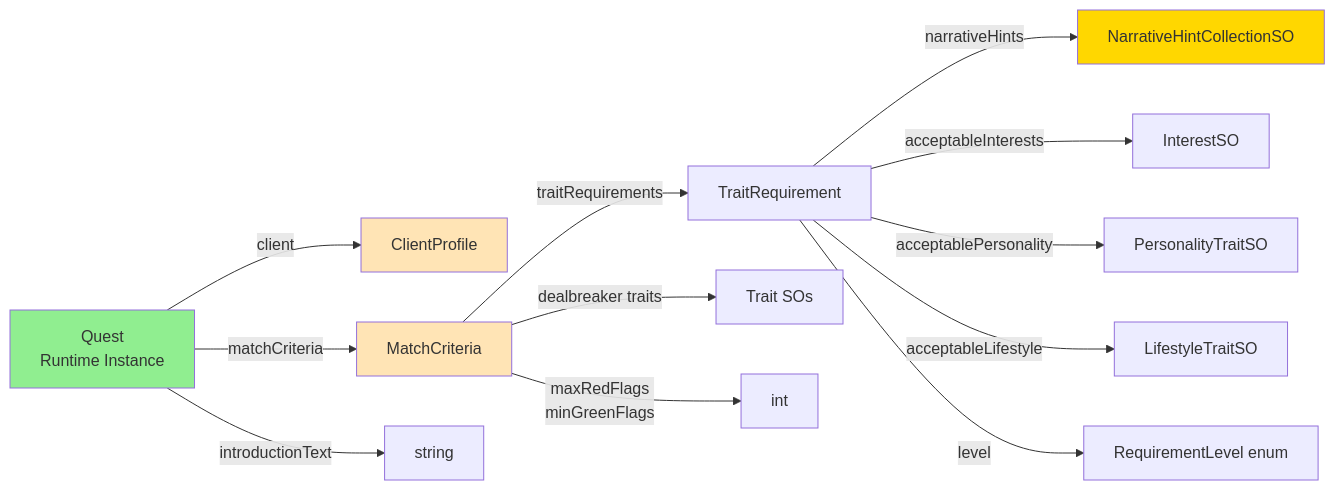
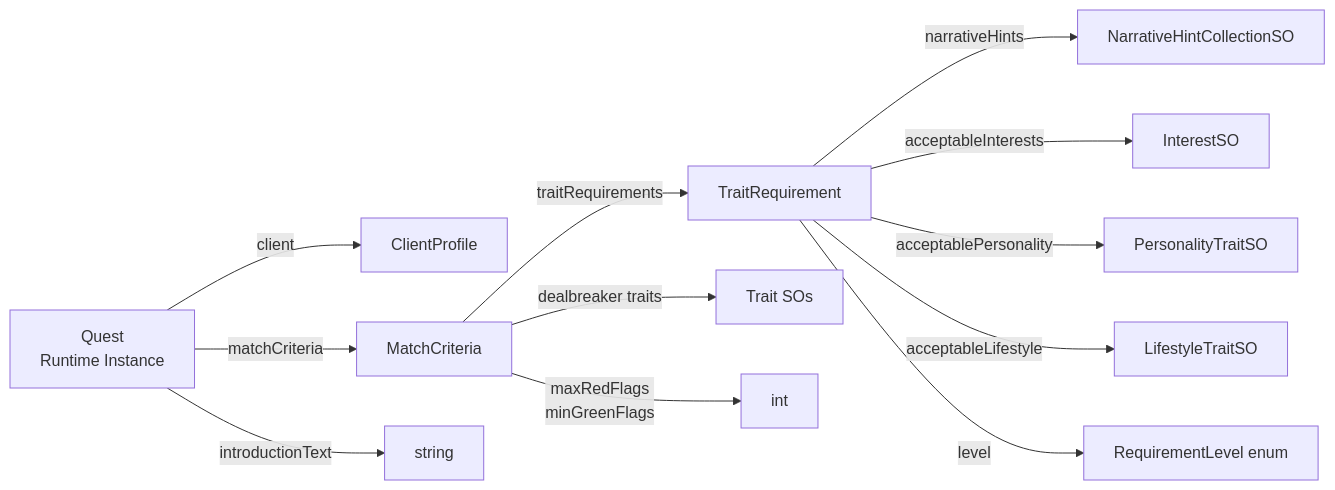
One commit to ben3683914/maskhot changed the second of 11 diagrams in ARCHITECTURE_DIAGRAMS.md. Above: the diagram before and after it, drawn with Mermaid. The commit also changed other lines of this file, not shown here.

Commit message:
remove colors from mermaid

````diff
--- a/ARCHITECTURE_DIAGRAMS.md
+++ b/ARCHITECTURE_DIAGRAMS.md
@@ -55,27 +48,23 @@
 ```mermaid
 graph LR
     Quest[Quest<br/>Runtime Instance]
     Client[ClientProfile]
     Criteria[MatchCriteria]
     TraitReq[TraitRequirement]
     Hints[NarrativeHintCollectionSO]
 
     Quest -->|client| Client
     Quest -->|matchCriteria| Criteria
     Quest -->|introductionText| Text[string]
 
     Criteria -->|traitRequirements| TraitReq
     Criteria -->|dealbreaker traits| Traits[Trait SOs]
     Criteria -->|maxRedFlags<br/>minGreenFlags| Ints[int]
 
     TraitReq -->|narrativeHints| Hints
     TraitReq -->|acceptableInterests| Interest[InterestSO]
     TraitReq -->|acceptablePersonality| Personality[PersonalityTraitSO]
     TraitReq -->|acceptableLifestyle| Lifestyle[LifestyleTraitSO]
     TraitReq -->|level| Level[RequirementLevel enum]
 
-    style Quest fill:#90EE90
-    style Client fill:#FFE4B5
-    style Criteria fill:#FFE4B5
-    style Hints fill:#FFD700
 ```
````
